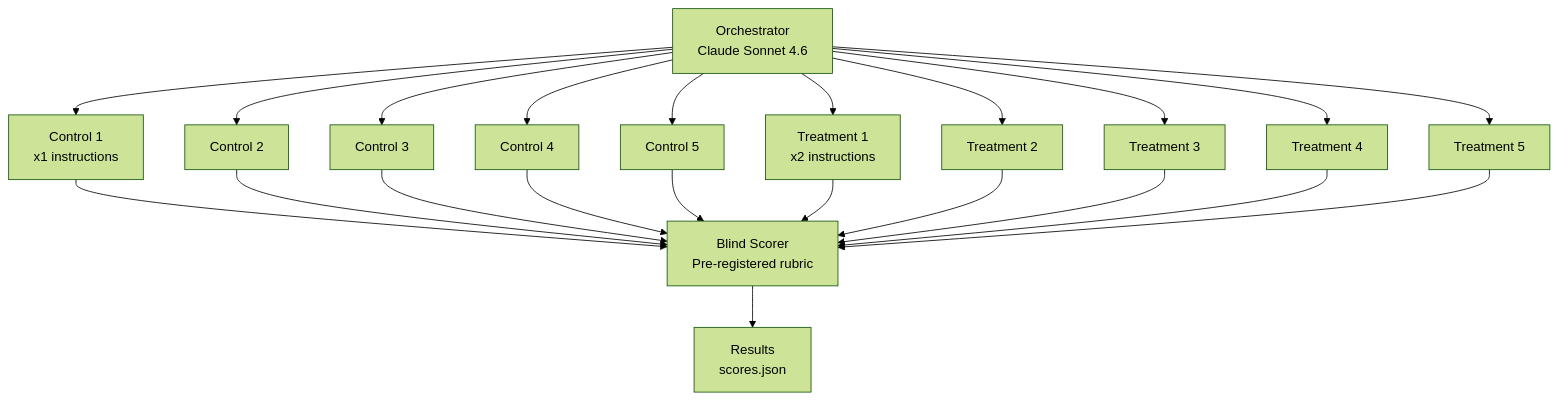
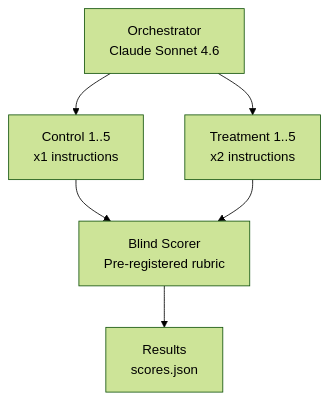
One commit to clouatre-labs/prompt-repetition-experiments changed the diagram in README.md. Above: the diagram before and after it, drawn with Mermaid (forest theme).

Commit message:
docs(readme): simplify experiment flow diagram (#8)

````diff
--- a/README.md
+++ b/README.md
@@ -140,24 +140,8 @@
 ```mermaid
 graph TD
-    O[Orchestrator<br/>Claude Sonnet 4.6] --> C1[Control 1<br/>x1 instructions]
-    O --> C2[Control 2]
-    O --> C3[Control 3]
-    O --> C4[Control 4]
-    O --> C5[Control 5]
-    O --> T1[Treatment 1<br/>x2 instructions]
-    O --> T2[Treatment 2]
-    O --> T3[Treatment 3]
-    O --> T4[Treatment 4]
-    O --> T5[Treatment 5]
-    C1 --> S[Blind Scorer<br/>Pre-registered rubric]
-    C2 --> S
-    C3 --> S
-    C4 --> S
-    C5 --> S
-    T1 --> S
-    T2 --> S
-    T3 --> S
-    T4 --> S
-    T5 --> S
+    O[Orchestrator<br/>Claude Sonnet 4.6] --> CG[Control 1..5<br/>x1 instructions]
+    O --> TG[Treatment 1..5<br/>x2 instructions]
+    CG --> S[Blind Scorer<br/>Pre-registered rubric]
+    TG --> S
     S --> R[Results<br/>scores.json]
 ```
````
